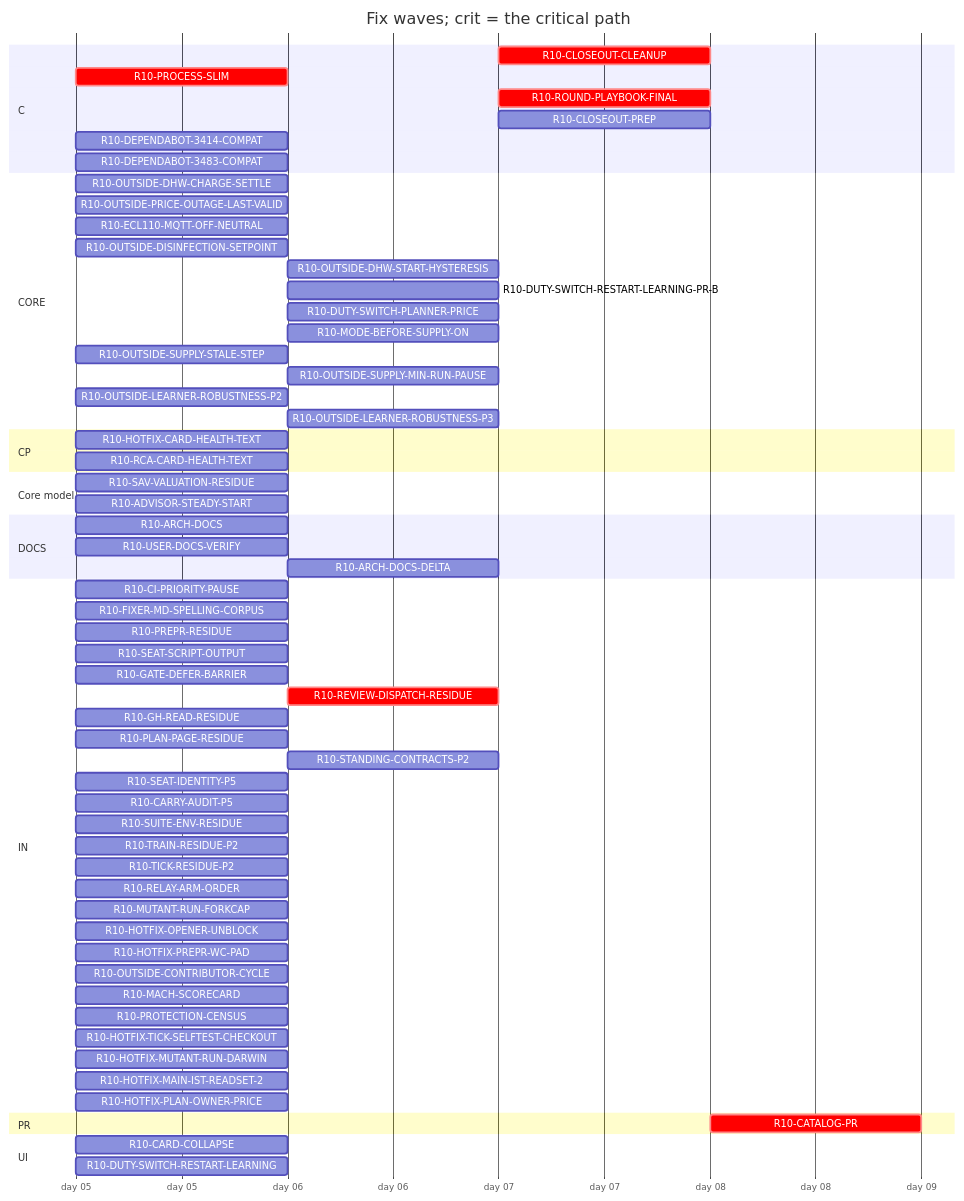
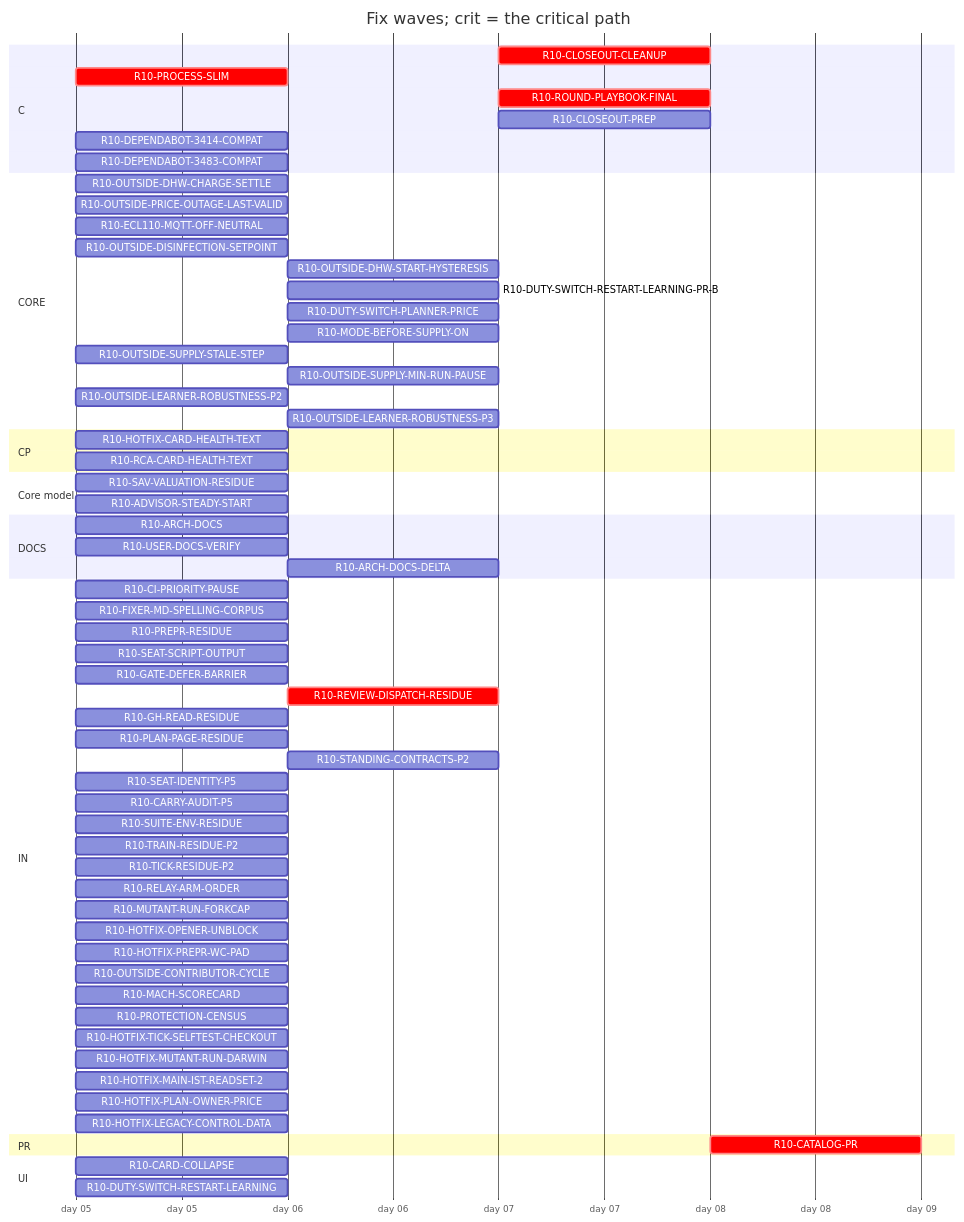
Before and after one commit to tvofi/heatpump_optimizer: the diagram in handoff/round10/state/PLAN-TABLE.md, drawn with Mermaid. The commit also changed other lines of this file and 4 other files, not shown here.

Commit message:
state: FLOW-BOARD.md, NEXT-SESSION-PROMPT.md, PLAN-TABLE.md, PLAN.html, RESUME-CURRENT.md regenerated (state_docs.py)

````diff
--- a/handoff/round10/state/PLAN-TABLE.md
+++ b/handoff/round10/state/PLAN-TABLE.md
@@ -21,67 +21,68 @@
 ```mermaid
 gantt
   title Fix waves; crit = the critical path
   dateFormat YYYY-MM-DD
   axisFormat day %d
   section C
     R10-CLOSEOUT-CLEANUP :crit, r10CLOSEOUTCLEANUP, after r10ARCHDOCS r10USERDOCSVERIFY r10ROUNDPLAYBOOKFINAL r10CLOSEOUTPREP r10ARCHDOCSDELTA, 1d
     R10-PROCESS-SLIM :crit, r10PROCESSSLIM, 2026-01-05, 1d
     R10-ROUND-PLAYBOOK-FINAL :crit, r10ROUNDPLAYBOOKFINAL, after r10PROCESSSLIM r10FIXERMDSPELLINGCORPUS r10PREPRRESIDUE r10SEATSCRIPTOUTPUT r10REVIEWDISPATCHRESIDUE r10CARRYAUDITP5 r10SEATIDENTITYP5 r10STANDINGCONTRACTSP2 r10PLANPAGERESIDUE r10GHREADRESIDUE r10SUITEENVRESIDUE r10GATEDEFERBARRIER, 1d
     R10-CLOSEOUT-PREP :r10CLOSEOUTPREP, after r10ARCHDOCS r10PROCESSSLIM r10FIXERMDSPELLINGCORPUS r10PREPRRESIDUE r10SEATSCRIPTOUTPUT r10REVIEWDISPATCHRESIDUE r10CARRYAUDITP5 r10SEATIDENTITYP5 r10STANDINGCONTRACTSP2 r10PLANPAGERESIDUE r10GHREADRESIDUE r10SUITEENVRESIDUE r10GATEDEFERBARRIER, 1d
     R10-DEPENDABOT-3414-COMPAT :r10DEPENDABOT3414COMPAT, 2026-01-05, 1d
     R10-DEPENDABOT-3483-COMPAT :r10DEPENDABOT3483COMPAT, 2026-01-05, 1d
   section CORE
     R10-OUTSIDE-DHW-CHARGE-SETTLE :r10OUTSIDEDHWCHARGESETTLE, 2026-01-05, 1d
     R10-OUTSIDE-PRICE-OUTAGE-LAST-VALID :r10OUTSIDEPRICEOUTAGELASTVALID, 2026-01-05, 1d
     R10-ECL110-MQTT-OFF-NEUTRAL :r10ECL110MQTTOFFNEUTRAL, 2026-01-05, 1d
     R10-OUTSIDE-DISINFECTION-SETPOINT :r10OUTSIDEDISINFECTIONSETPOINT, 2026-01-05, 1d
     R10-OUTSIDE-DHW-START-HYSTERESIS :r10OUTSIDEDHWSTARTHYSTERESIS, after r10OUTSIDEDISINFECTIONSETPOINT, 1d
     R10-DUTY-SWITCH-RESTART-LEARNING-PR-B :r10DUTYSWITCHRESTARTLEARNINGPRB, after r10DUTYSWITCHRESTARTLEARNING, 1d
     R10-DUTY-SWITCH-PLANNER-PRICE :r10DUTYSWITCHPLANNERPRICE, after r10DUTYSWITCHRESTARTLEARNING, 1d
     R10-MODE-BEFORE-SUPPLY-ON :r10MODEBEFORESUPPLYON, after r10DUTYSWITCHRESTARTLEARNING, 1d
     R10-OUTSIDE-SUPPLY-STALE-STEP :r10OUTSIDESUPPLYSTALESTEP, 2026-01-05, 1d
     R10-OUTSIDE-SUPPLY-MIN-RUN-PAUSE :r10OUTSIDESUPPLYMINRUNPAUSE, after r10OUTSIDESUPPLYSTALESTEP, 1d
     R10-OUTSIDE-LEARNER-ROBUSTNESS-P2 :r10OUTSIDELEARNERROBUSTNESSP2, 2026-01-05, 1d
     R10-OUTSIDE-LEARNER-ROBUSTNESS-P3 :r10OUTSIDELEARNERROBUSTNESSP3, after r10OUTSIDELEARNERROBUSTNESSP2, 1d
   section CP
     R10-HOTFIX-CARD-HEALTH-TEXT :r10HOTFIXCARDHEALTHTEXT, 2026-01-05, 1d
     R10-RCA-CARD-HEALTH-TEXT :r10RCACARDHEALTHTEXT, 2026-01-05, 1d
   section Core model
     R10-SAV-VALUATION-RESIDUE :r10SAVVALUATIONRESIDUE, 2026-01-05, 1d
     R10-ADVISOR-STEADY-START :r10ADVISORSTEADYSTART, 2026-01-05, 1d
   section DOCS
     R10-ARCH-DOCS :r10ARCHDOCS, 2026-01-05, 1d
     R10-USER-DOCS-VERIFY :r10USERDOCSVERIFY, 2026-01-05, 1d
     R10-ARCH-DOCS-DELTA :r10ARCHDOCSDELTA, after r10ARCHDOCS r10SAVVALUATIONRESIDUE r10ADVISORSTEADYSTART r10PROCESSSLIM, 1d
   section IN
     R10-CI-PRIORITY-PAUSE :r10CIPRIORITYPAUSE, 2026-01-05, 1d
     R10-FIXER-MD-SPELLING-CORPUS :r10FIXERMDSPELLINGCORPUS, 2026-01-05, 1d
     R10-PREPR-RESIDUE :r10PREPRRESIDUE, 2026-01-05, 1d
     R10-SEAT-SCRIPT-OUTPUT :r10SEATSCRIPTOUTPUT, 2026-01-05, 1d
     R10-GATE-DEFER-BARRIER :r10GATEDEFERBARRIER, 2026-01-05, 1d
     R10-REVIEW-DISPATCH-RESIDUE :crit, r10REVIEWDISPATCHRESIDUE, after r10PROCESSSLIM, 1d
     R10-GH-READ-RESIDUE :r10GHREADRESIDUE, 2026-01-05, 1d
     R10-PLAN-PAGE-RESIDUE :r10PLANPAGERESIDUE, 2026-01-05, 1d
     R10-STANDING-CONTRACTS-P2 :r10STANDINGCONTRACTSP2, after r10FIXERMDSPELLINGCORPUS, 1d
     R10-SEAT-IDENTITY-P5 :r10SEATIDENTITYP5, 2026-01-05, 1d
     R10-CARRY-AUDIT-P5 :r10CARRYAUDITP5, 2026-01-05, 1d
     R10-SUITE-ENV-RESIDUE :r10SUITEENVRESIDUE, 2026-01-05, 1d
     R10-TRAIN-RESIDUE-P2 :r10TRAINRESIDUEP2, 2026-01-05, 1d
     R10-TICK-RESIDUE-P2 :r10TICKRESIDUEP2, 2026-01-05, 1d
     R10-RELAY-ARM-ORDER :r10RELAYARMORDER, 2026-01-05, 1d
     R10-MUTANT-RUN-FORKCAP :r10MUTANTRUNFORKCAP, 2026-01-05, 1d
     R10-HOTFIX-OPENER-UNBLOCK :r10HOTFIXOPENERUNBLOCK, 2026-01-05, 1d
     R10-HOTFIX-PREPR-WC-PAD :r10HOTFIXPREPRWCPAD, 2026-01-05, 1d
     R10-OUTSIDE-CONTRIBUTOR-CYCLE :r10OUTSIDECONTRIBUTORCYCLE, 2026-01-05, 1d
     R10-MACH-SCORECARD :r10MACHSCORECARD, 2026-01-05, 1d
     R10-PROTECTION-CENSUS :r10PROTECTIONCENSUS, 2026-01-05, 1d
     R10-HOTFIX-TICK-SELFTEST-CHECKOUT :r10HOTFIXTICKSELFTESTCHECKOUT, 2026-01-05, 1d
     R10-HOTFIX-MUTANT-RUN-DARWIN :r10HOTFIXMUTANTRUNDARWIN, 2026-01-05, 1d
     R10-HOTFIX-MAIN-IST-READSET-2 :r10HOTFIXMAINISTREADSET2, 2026-01-05, 1d
     R10-HOTFIX-PLAN-OWNER-PRICE :r10HOTFIXPLANOWNERPRICE, 2026-01-05, 1d
+    R10-HOTFIX-LEGACY-CONTROL-DATA :r10HOTFIXLEGACYCONTROLDATA, 2026-01-05, 1d
   section PR
     R10-CATALOG-PR :crit, r10CATALOGPR, after r10USERDOCSVERIFY r10ARCHDOCS r10ROUNDPLAYBOOKFINAL r10CLOSEOUTCLEANUP r10CLOSEOUTPREP r10ARCHDOCSDELTA, 1d
   section UI
     R10-CARD-COLLAPSE :r10CARDCOLLAPSE, 2026-01-05, 1d
     R10-DUTY-SWITCH-RESTART-LEARNING :r10DUTYSWITCHRESTARTLEARNING, 2026-01-05, 1d
 ```
````
